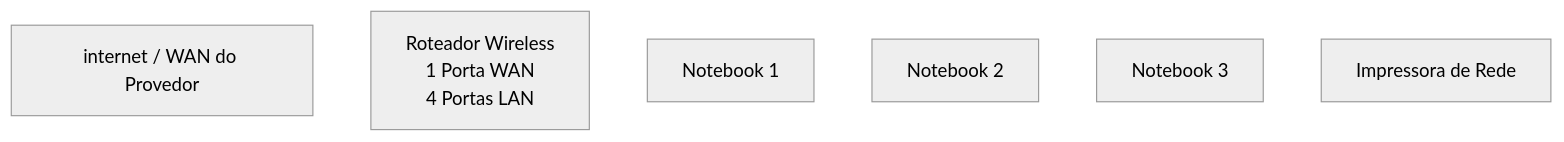
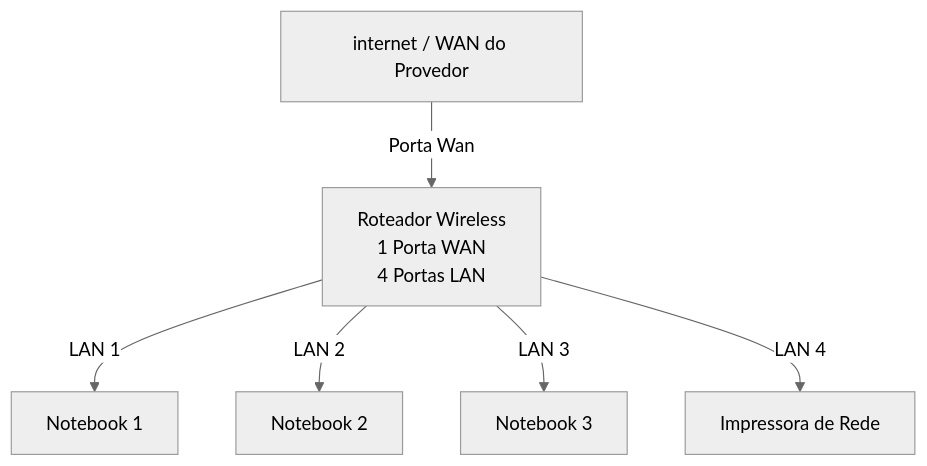
Before and after one commit to cesareed/lab-redes01: the diagram in README.md, drawn with Mermaid (neutral theme).

````diff
--- a/README.md
+++ b/README.md
@@ -35,11 +35,19 @@
 ```mermaid
 graph TD
 
 WAN[internet / WAN do Provedor]
 
 Router[Roteador Wireless<br>1 Porta WAN<br>4 Portas LAN]
 PC1[Notebook 1]
 PC2[Notebook 2]
 PC3[Notebook 3]
+
 Printer[Impressora de Rede]
+
+WAN -->|Porta Wan| Router
+
+Router --> |LAN 1| PC1
+Router --> |LAN 2| PC2
+Router --> |LAN 3| PC3
+Router --> |LAN 4| Printer
 ```
````
